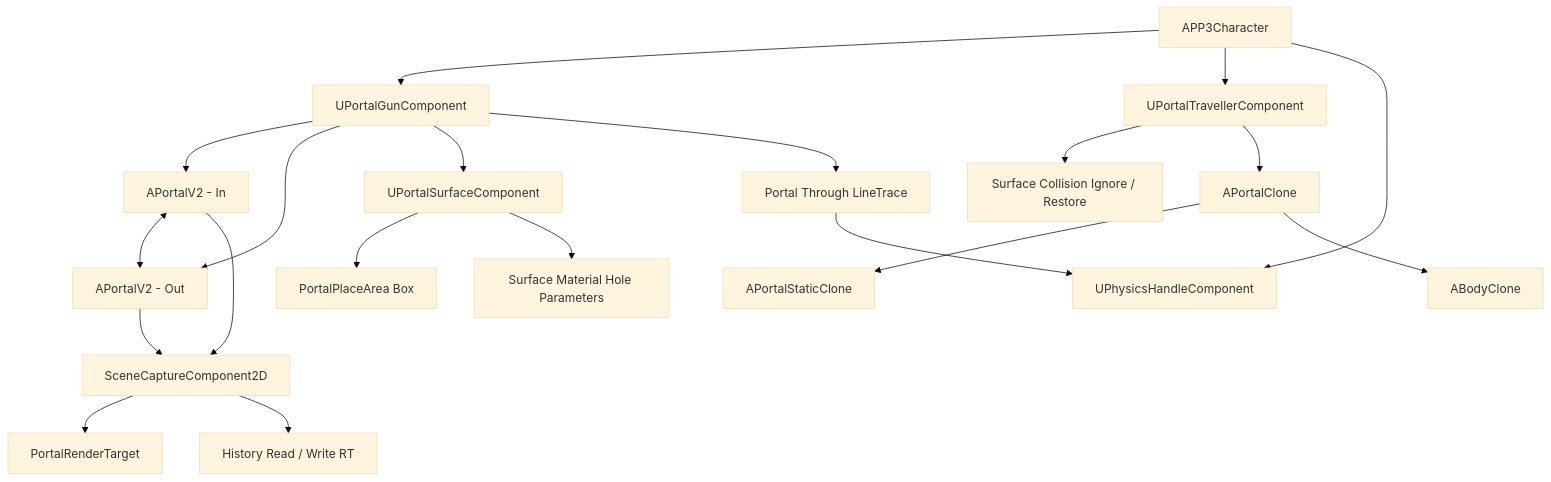
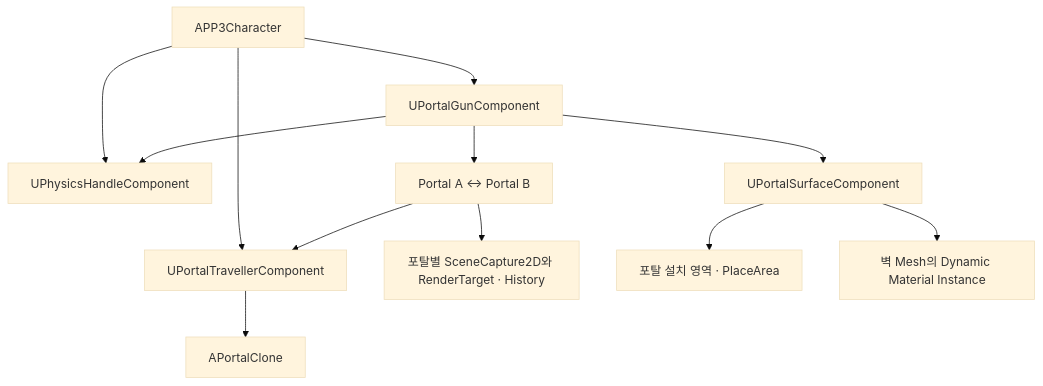
Before and after one commit to tjwjdah/Unreal4.27_Portal: the diagram in README.md, drawn with Mermaid (base theme). The commit also changed other lines of this file, not shown here.

````diff
--- a/README.md
+++ b/README.md
@@ -115,27 +82,17 @@
 ```mermaid
 flowchart TD
-    Player[APP3Character] --> Gun[UPortalGunComponent]
-    Player --> Traveller[UPortalTravellerComponent]
-    Player --> PhysicsHandle[UPhysicsHandleComponent]
+    Player["APP3Character"] --> Gun["UPortalGunComponent"]
+    Player --> Traveller["UPortalTravellerComponent"]
+    Player --> Handle["UPhysicsHandleComponent"]
 
-    Gun --> InPortal[APortalV2 - In]
-    Gun --> OutPortal[APortalV2 - Out]
-    InPortal <--> OutPortal
+    Gun --> Portals["Portal A ↔ Portal B"]
+    Gun --> Surface["UPortalSurfaceComponent"]
+    Gun --> Handle
 
-    Gun --> Surface[UPortalSurfaceComponent]
-    Surface --> PlaceArea[PortalPlaceArea Box]
-    Surface --> SurfaceMID[Surface Material Hole Parameters]
+    Portals --> Render["포탈별 SceneCapture2D와 RenderTarget · History"]
+    Portals --> Traveller
+    Traveller --> Clone["APortalClone"]
 
-    InPortal --> Capture[SceneCaptureComponent2D]
-    OutPortal --> Capture
-    Capture --> MainRT[PortalRenderTarget]
-    Capture --> RecurRT[History Read / Write RT]
-
-    Traveller --> Collision[Surface Collision Ignore / Restore]
-    Traveller --> Clone[APortalClone]
-    Clone --> StaticClone[APortalStaticClone]
-    Clone --> BodyClone[ABodyClone]
-
-    Gun --> GrabTrace[Portal Through LineTrace]
-    GrabTrace --> PhysicsHandle
+    Surface --> Area["포탈 설치 영역 · PlaceArea"]
+    Surface --> MID["벽 Mesh의 Dynamic Material Instance"]
 ```
````
